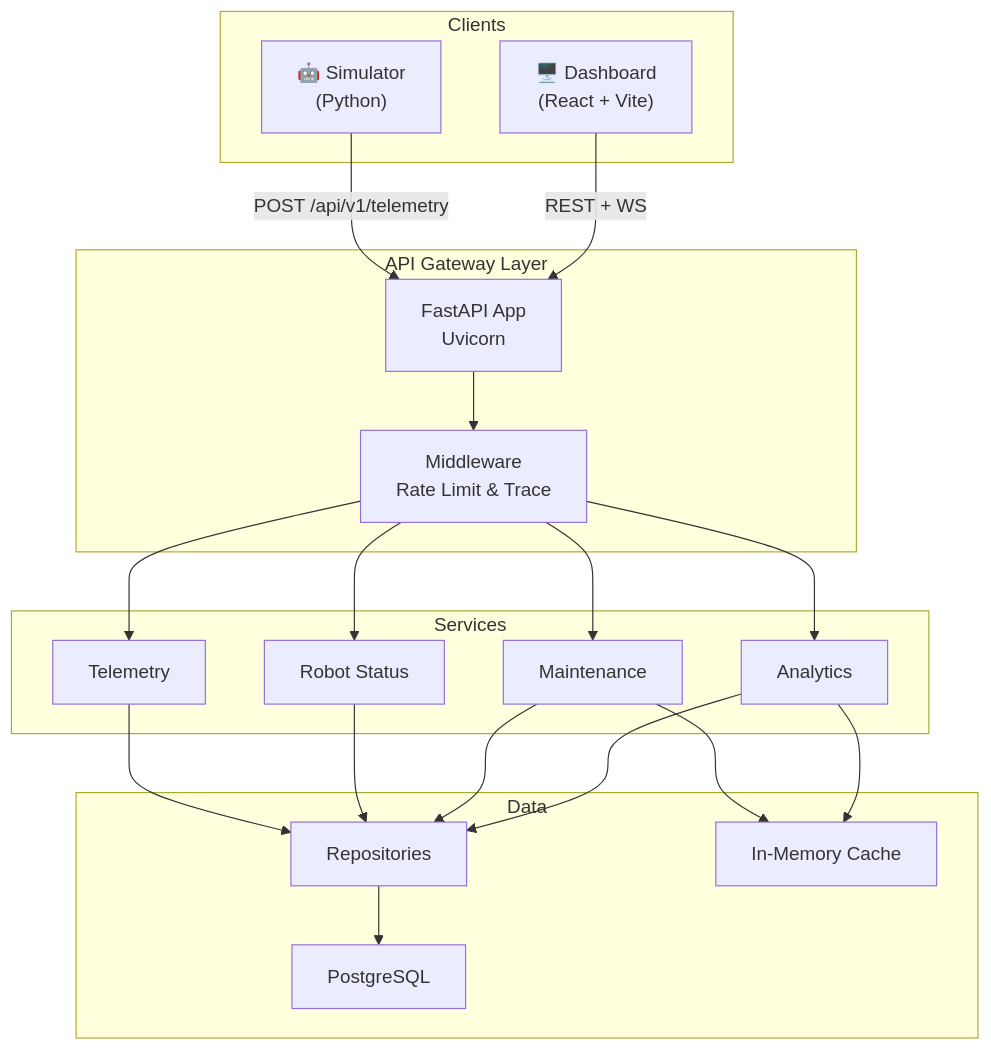
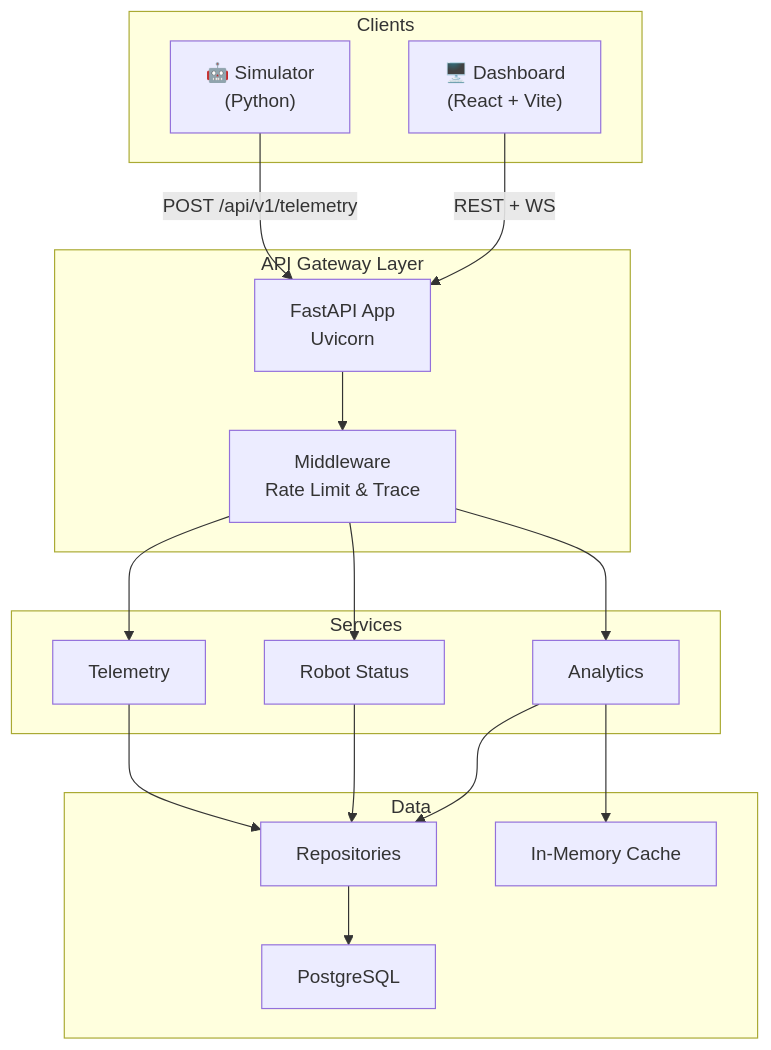
The diagram in README.md (colin-110/robot-fleet-platform), drawn with Mermaid before and after one commit. The commit also changed other lines of this file and 17 other files, not shown here.

````diff
--- a/README.md
+++ b/README.md
@@ -17,31 +16,30 @@
 ```mermaid
 graph TB
   subgraph "Clients"
     SIM["🤖 Simulator<br>(Python)"]
     DASH["🖥️ Dashboard<br>(React + Vite)"]
   end
 
   subgraph "API Gateway Layer"
     API["FastAPI App<br>Uvicorn"]
     MW["Middleware<br>Rate Limit & Trace"]
   end
 
   subgraph "Services"
     SVC_T["Telemetry"]
     SVC_R["Robot Status"]
-    SVC_M["Maintenance"]
     SVC_A["Analytics"]
   end
 
   subgraph "Data"
     REPO["Repositories"]
     CACHE["In-Memory Cache"]
     DB["PostgreSQL"]
   end
 
   SIM -->|"POST /api/v1/telemetry"| API
   DASH -->|"REST + WS"| API
-  API --> MW --> SVC_T & SVC_R & SVC_M & SVC_A
-  SVC_M & SVC_A --> CACHE
-  SVC_T & SVC_R & SVC_M & SVC_A --> REPO --> DB
+  API --> MW --> SVC_T & SVC_R & SVC_A
+  SVC_A --> CACHE
+  SVC_T & SVC_R & SVC_A --> REPO --> DB
 ```
````
